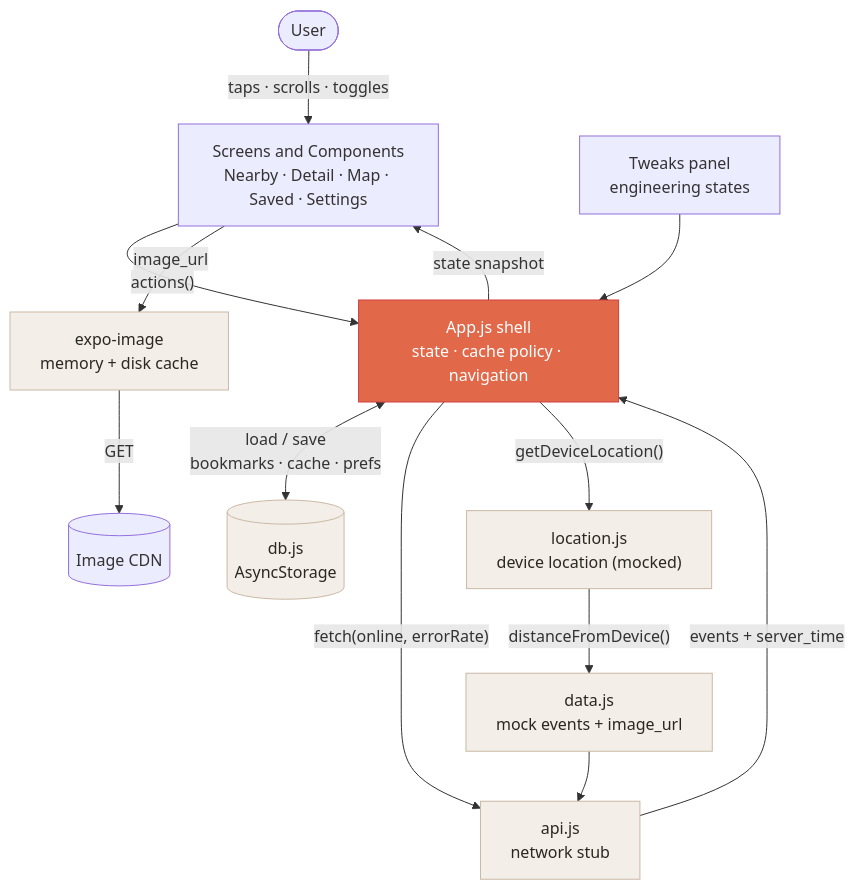
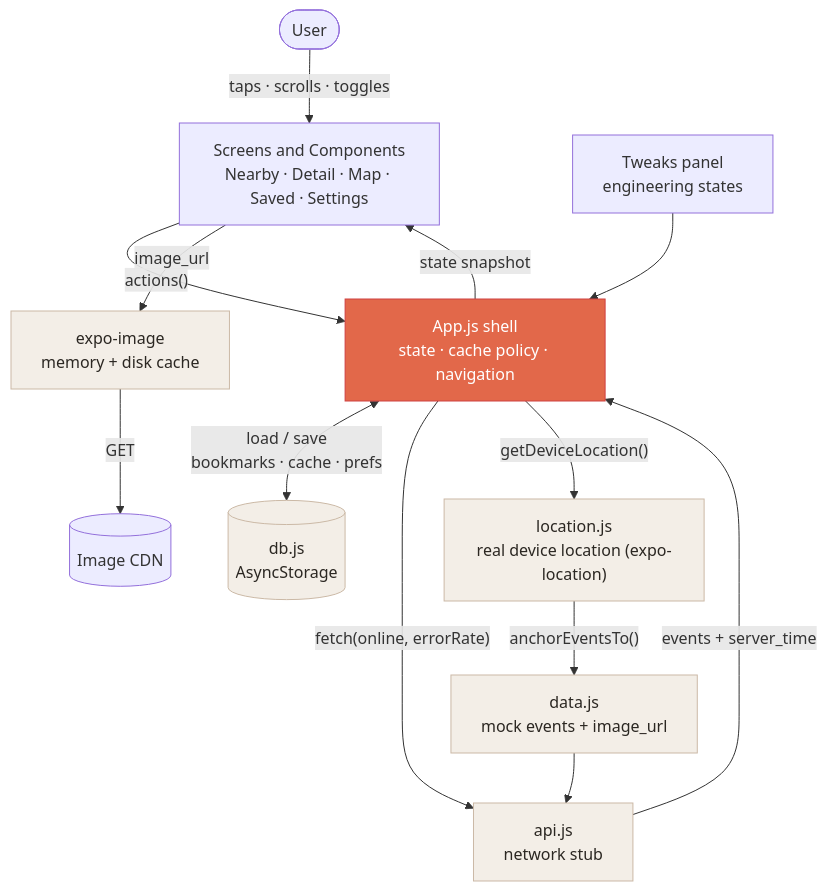
Before and after one commit to gilnaorr/Find-Events-Near-Me: the first of 3 diagrams in docs/ARCHITECTURE.md, drawn with Mermaid. The commit also changed other lines of this file and 12 other files, not shown here.

First line of the commit message:
Use real device location (expo-location) and a real map (Leaflet WebView)

````diff
--- a/docs/ARCHITECTURE.md
+++ b/docs/ARCHITECTURE.md
@@ -41,20 +41,20 @@
 ```mermaid
 flowchart TD
     User([User]) -->|"taps · scrolls · toggles"| Screens["Screens and Components<br/>Nearby · Detail · Map · Saved · Settings"]
     Tweaks["Tweaks panel<br/>engineering states"] --> App
     Screens -->|"actions()"| App["App.js shell<br/>state · cache policy · navigation"]
     App -->|"state snapshot"| Screens
     App <-->|"load / save<br/>bookmarks · cache · prefs"| DB[("db.js<br/>AsyncStorage")]
     App -->|"fetch(online, errorRate)"| API["api.js<br/>network stub"]
     API -->|"events + server_time"| App
     Data["data.js<br/>mock events + image_url"] --> API
-    App -->|"getDeviceLocation()"| Loc["location.js<br/>device location (mocked)"]
-    Loc -->|"distanceFromDevice()"| Data
+    App -->|"getDeviceLocation()"| Loc["location.js<br/>real device location (expo-location)"]
+    Loc -->|"anchorEventsTo()"| Data
     Screens -->|"image_url"| Img["expo-image<br/>memory + disk cache"]
     Img -->|"GET"| CDN[("Image CDN")]
 
     classDef shell fill:#e2684a,stroke:#cf4040,color:#fff;
     classDef io fill:#f3eee7,stroke:#cbb9a6,color:#2b2722;
     class App shell;
     class DB,API,Data,Loc,Img io;
 ```
````
